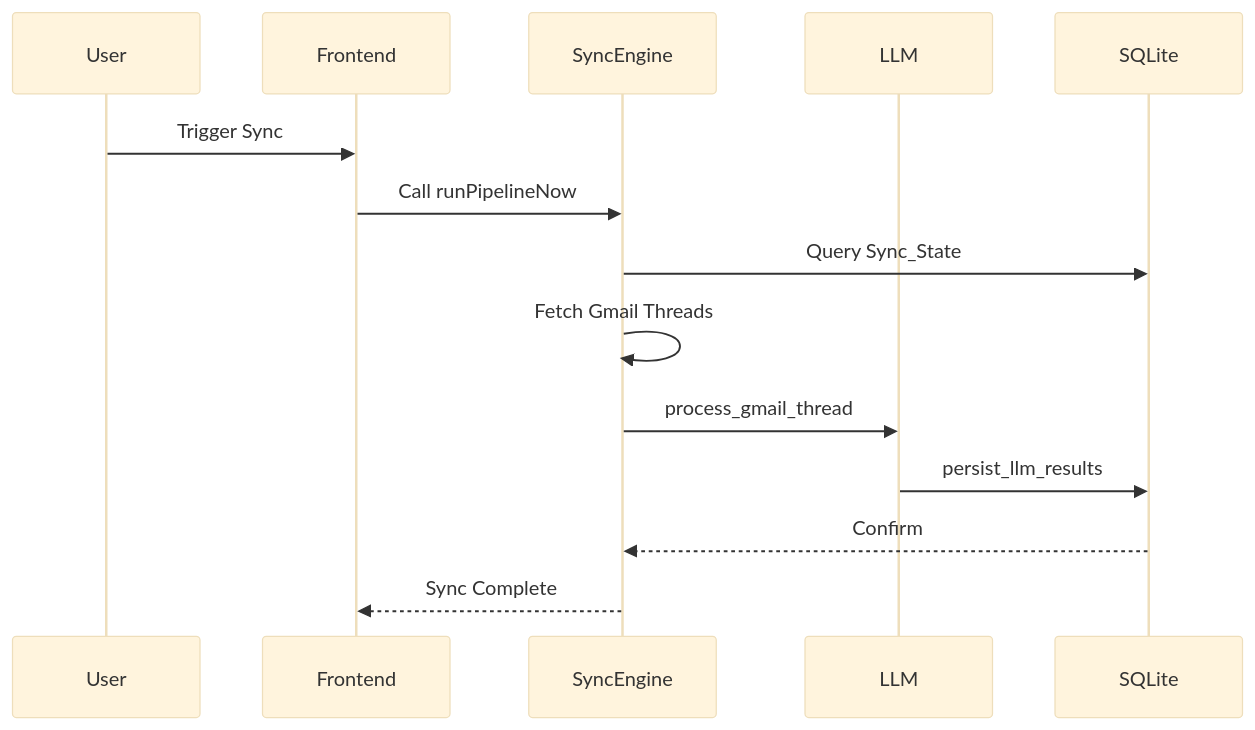
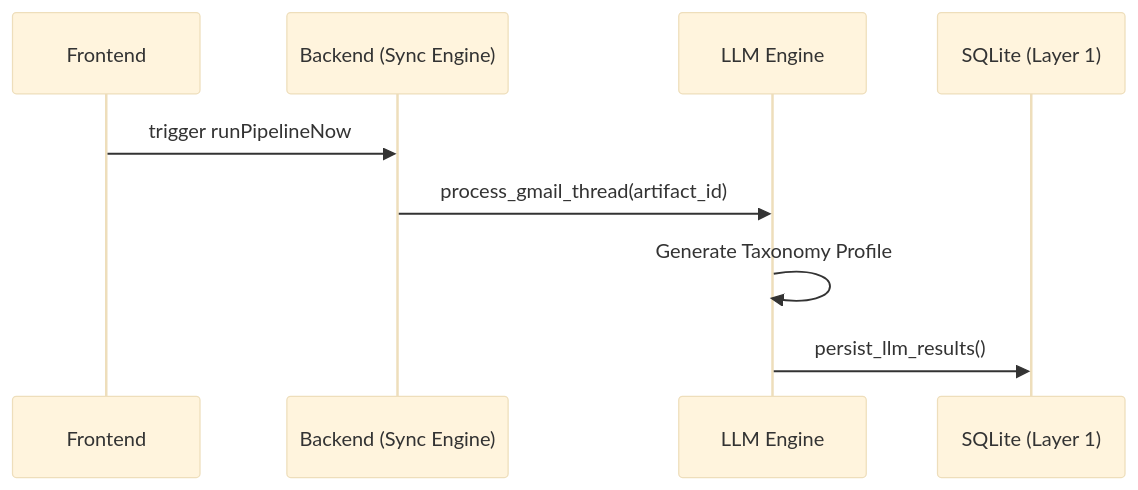
Before and after one commit to FrankXLT/Nexus-Hub-for-Google: the third of 4 diagrams in AUDITS/v3.3.3_2026-05-20_audit_trace.md, drawn with Mermaid (base theme). The commit also changed other lines of this file and 3 other files, not shown here.

````diff
--- a/AUDITS/v3.3.3_2026-05-20_audit_trace.md
+++ b/AUDITS/v3.3.3_2026-05-20_audit_trace.md
@@ -877,17 +1061,12 @@
 ```mermaid
 sequenceDiagram
-    participant User
-    participant Frontend
-    participant SyncEngine
-    participant LLM
-    participant SQLite
+    participant UI as Frontend
+    participant API as Backend (Sync Engine)
+    participant LLM as LLM Engine
+    participant DB as SQLite (Layer 1)
 
-    User->>Frontend: Trigger Sync
-    Frontend->>SyncEngine: Call runPipelineNow
-    SyncEngine->>SQLite: Query Sync_State
-    SyncEngine->>SyncEngine: Fetch Gmail Threads
-    SyncEngine->>LLM: process_gmail_thread
-    LLM->>SQLite: persist_llm_results
-    SQLite-->>SyncEngine: Confirm
-    SyncEngine-->>Frontend: Sync Complete
+    UI->>API: trigger runPipelineNow
+    API->>LLM: process_gmail_thread(artifact_id)
+    LLM->>LLM: Generate Taxonomy Profile
+    LLM->>DB: persist_llm_results()
 ```
````
